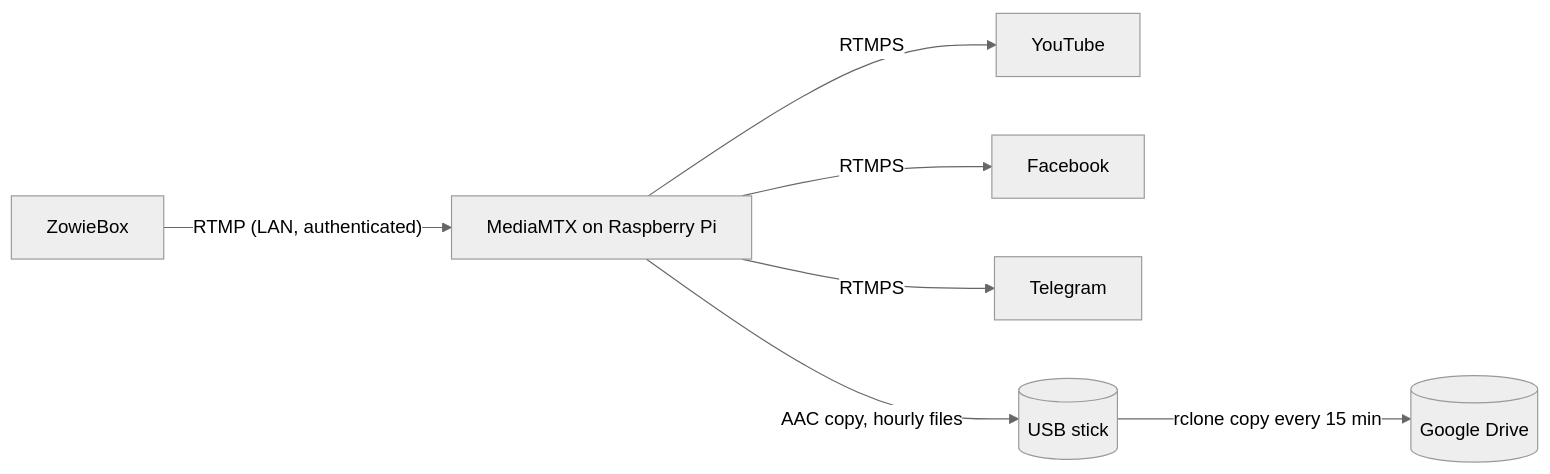
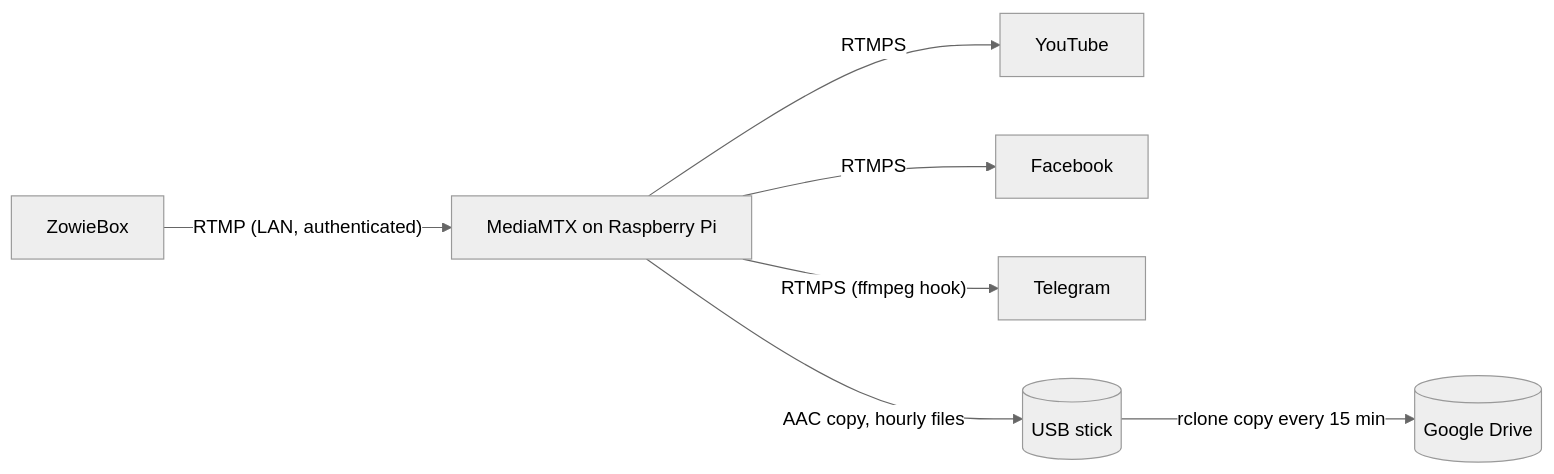
One commit to ebusho/mediamtx-relay changed the diagram in README.md. Above: the diagram before and after it, drawn with Mermaid (neutral theme). The commit also changed other lines of this file and 4 other files, not shown here.

Commit message:
Forward Telegram using ffmpeg

````diff
--- a/README.md
+++ b/README.md
@@ -7,9 +7,9 @@
 ```mermaid
 flowchart LR
     Z[ZowieBox] -- "RTMP (LAN, authenticated)" --> M[MediaMTX on Raspberry Pi]
     M -- RTMPS --> Y[YouTube]
     M -- RTMPS --> F[Facebook]
-    M -- RTMPS --> T[Telegram]
+    M -- "RTMPS (ffmpeg hook)" --> T[Telegram]
     M -- "AAC copy, hourly files" --> U[(USB stick)]
     U -- "rclone copy every 15 min" --> C[(Google Drive)]
 ```
````
